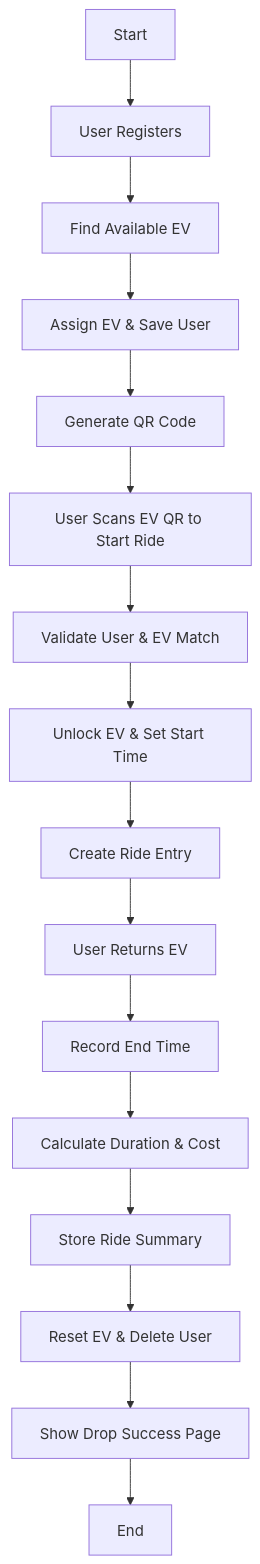
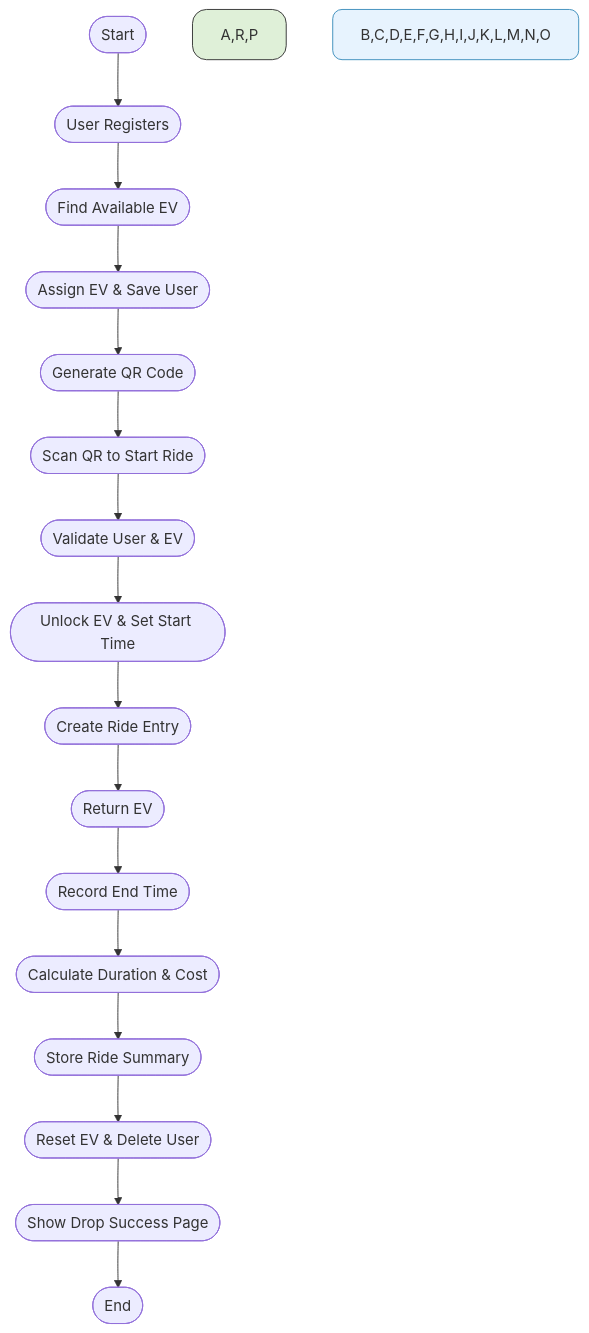
One commit to Jay-1409/QVUS changed the diagram in README.md. Above: the diagram before and after it, drawn with Mermaid. The commit also changed other lines of this file, not shown here.

````diff
--- a/README.md
+++ b/README.md
@@ -47,20 +16,21 @@
 ```mermaid
 flowchart TD
-    A[Start] --> B[User Registers]
-    B --> C[Find Available EV]
-    C --> D[Assign EV & Save User]
-    D --> E[Generate QR Code]
+    A([Start]) --> B([User Registers])
+    B --> C([Find Available EV])
+    C --> D([Assign EV & Save User])
+    D --> E([Generate QR Code])
+    E --> F([Scan QR to Start Ride])
+    F --> G([Validate User & EV])
+    G --> H([Unlock EV & Set Start Time])
+    H --> I([Create Ride Entry])
+    I --> J([Return EV])
+    J --> K([Record End Time])
+    K --> L([Calculate Duration & Cost])
+    L --> M([Store Ride Summary])
+    M --> N([Reset EV & Delete User])
+    N --> O([Show Drop Success Page])
+    O --> P([End])
 
-    E --> F[User Scans EV QR to Start Ride]
-    F --> G[Validate User & EV Match]
-    G --> H[Unlock EV & Set Start Time]
-    H --> I[Create Ride Entry]
-
-    I --> J[User Returns EV]
-    J --> K[Record End Time]
-    K --> L[Calculate Duration & Cost]
-    L --> M[Store Ride Summary]
-    M --> N[Reset EV & Delete User]
-    N --> O[Show Drop Success Page]
-    O --> P[End]
+    style A,R,P fill:#dff0d8,stroke:#333,stroke-width:1px,rx:15,ry:15
+    style B,C,D,E,F,G,H,I,J,K,L,M,N,O fill:#e7f3fe,stroke:#3c8dbc,rx:10,ry:10
 ```
````
